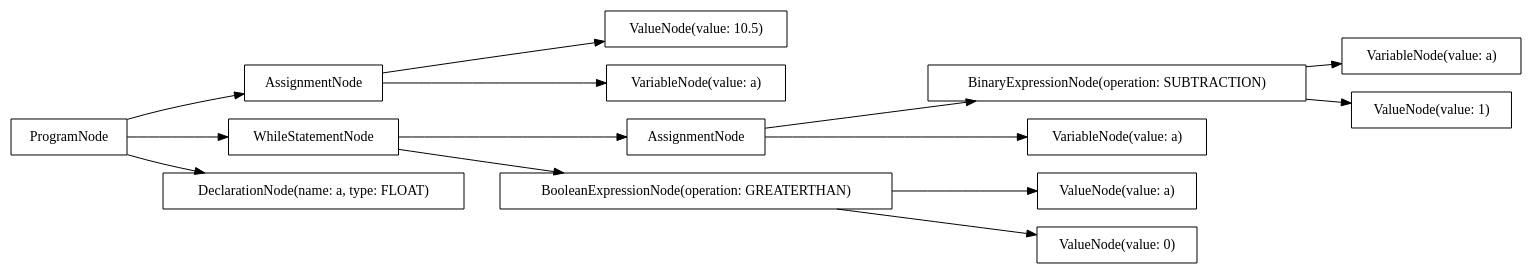
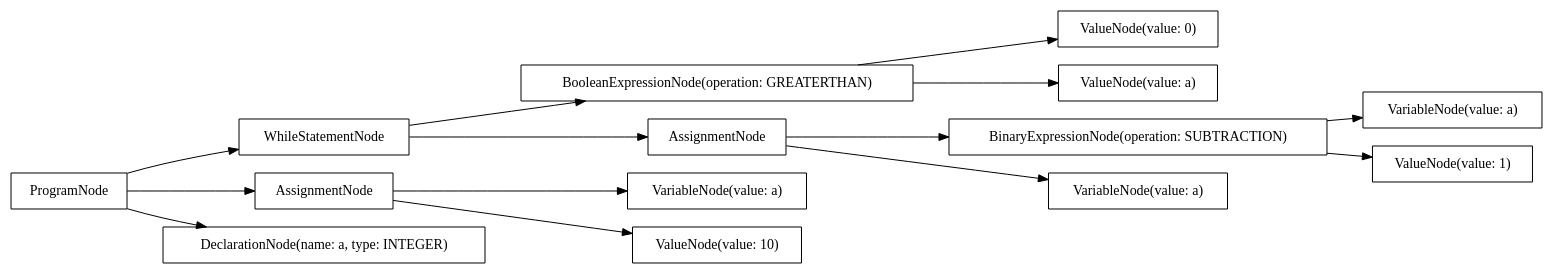
The diagram in src/output/dot/example-while.dot (AtLeastITry/ANTLR-Python-Compiler), drawn with Graphviz before and after one commit. The commit also changed 10 other files, not shown here.

```diff
--- a/src/output/dot/example-while.dot
+++ b/src/output/dot/example-while.dot
@@ -1,30 +1,30 @@
 digraph G {
 rankdir=LR
-"ee18b95c-49b9-473a-bf72-9ec9c382dc5d" [label="VariableNode(value: a)" shape="box"];
-"23ce2a3a-48cd-44fc-bd98-29ea749994c8" [label="ValueNode(value: 10.5)" shape="box"];
-"ea94cf69-170c-4afc-a3f8-617261ac50c2" [label="AssignmentNode" shape="box"];
-"51fef664-7d71-4fae-bd66-378f555faefa" [label="VariableNode(value: a)" shape="box"];
-"6f3ddfc3-f0e4-487d-9fa3-8a4714e9ac21" [label="BinaryExpressionNode(operation: SUBTRACTION)" shape="box"];
-"db237f34-4fbe-4326-a78f-6c0143694538" [label="ProgramNode" shape="box"];
-"3b455b31-c658-43ea-b531-d9dcf4334448" [label="WhileStatementNode" shape="box"];
-"3764c3db-87a1-43d7-8bd2-4962ba393e70" [label="ValueNode(value: a)" shape="box"];
-"279c02ed-5e2d-4e99-b3a2-d2021c114ac4" [label="AssignmentNode" shape="box"];
-"d0b30299-09dd-4b9e-9d37-36d8ae794a8e" [label="ValueNode(value: 0)" shape="box"];
-"6c62bb9b-050f-4ca5-8de5-74b08dd118c0" [label="DeclarationNode(name: a, type: FLOAT)" shape="box"];
-"5cba9efe-7092-471a-8f35-cae955940b53" [label="BooleanExpressionNode(operation: GREATERTHAN)" shape="box"];
-"4d028d04-5619-4327-aa66-9ee2290eb52b" [label="ValueNode(value: 1)" shape="box"];
-"b61c9572-ce1c-443a-a619-0f5c5ac8113f" [label="VariableNode(value: a)" shape="box"];
-"db237f34-4fbe-4326-a78f-6c0143694538" -> "6c62bb9b-050f-4ca5-8de5-74b08dd118c0";
-"db237f34-4fbe-4326-a78f-6c0143694538" -> "ea94cf69-170c-4afc-a3f8-617261ac50c2";
-"ea94cf69-170c-4afc-a3f8-617261ac50c2" -> "51fef664-7d71-4fae-bd66-378f555faefa";
-"ea94cf69-170c-4afc-a3f8-617261ac50c2" -> "23ce2a3a-48cd-44fc-bd98-29ea749994c8";
-"db237f34-4fbe-4326-a78f-6c0143694538" -> "3b455b31-c658-43ea-b531-d9dcf4334448";
-"3b455b31-c658-43ea-b531-d9dcf4334448" -> "5cba9efe-7092-471a-8f35-cae955940b53";
-"5cba9efe-7092-471a-8f35-cae955940b53" -> "3764c3db-87a1-43d7-8bd2-4962ba393e70";
-"5cba9efe-7092-471a-8f35-cae955940b53" -> "d0b30299-09dd-4b9e-9d37-36d8ae794a8e";
-"3b455b31-c658-43ea-b531-d9dcf4334448" -> "279c02ed-5e2d-4e99-b3a2-d2021c114ac4";
-"279c02ed-5e2d-4e99-b3a2-d2021c114ac4" -> "b61c9572-ce1c-443a-a619-0f5c5ac8113f";
-"279c02ed-5e2d-4e99-b3a2-d2021c114ac4" -> "6f3ddfc3-f0e4-487d-9fa3-8a4714e9ac21";
-"6f3ddfc3-f0e4-487d-9fa3-8a4714e9ac21" -> "ee18b95c-49b9-473a-bf72-9ec9c382dc5d";
-"6f3ddfc3-f0e4-487d-9fa3-8a4714e9ac21" -> "4d028d04-5619-4327-aa66-9ee2290eb52b";
+"3dee4d77-5e11-4354-acfd-23fc9b36e14b" [label="BinaryExpressionNode(operation: SUBTRACTION)" shape="box"];
+"109831c1-c979-452e-8548-78211cfc6c1d" [label="BooleanExpressionNode(operation: GREATERTHAN)" shape="box"];
+"ad7af21b-5c06-4fa5-a0fb-fc7cf3478845" [label="ValueNode(value: 0)" shape="box"];
+"d09bea03-5e07-4a06-8b29-0ef49f13a51f" [label="VariableNode(value: a)" shape="box"];
+"53272389-1e1e-46ae-9402-e4b209e6ff40" [label="AssignmentNode" shape="box"];
+"c7c58e84-d95a-46c8-9718-c94685b991dd" [label="WhileStatementNode" shape="box"];
+"f1f66f98-1e21-4192-a73f-d7d805c04cb1" [label="VariableNode(value: a)" shape="box"];
+"c5114d9e-c943-4009-8552-2a759c5cc82e" [label="ValueNode(value: 10)" shape="box"];
+"07002250-2d5d-4c42-821d-8e53be2e165e" [label="VariableNode(value: a)" shape="box"];
+"920edc49-513e-45c5-b23f-78a1f1c32832" [label="ValueNode(value: a)" shape="box"];
+"fac6f4be-a49e-4c2b-b007-a83b77e0fbe7" [label="ProgramNode" shape="box"];
+"dd186e81-b5df-4936-abf0-2ae87f17dc22" [label="ValueNode(value: 1)" shape="box"];
+"bcb1cff5-9bfe-4e7e-8ba9-1b3454561151" [label="AssignmentNode" shape="box"];
+"bac84c51-9dec-4940-a71a-37e19e480599" [label="DeclarationNode(name: a, type: INTEGER)" shape="box"];
+"fac6f4be-a49e-4c2b-b007-a83b77e0fbe7" -> "bac84c51-9dec-4940-a71a-37e19e480599";
+"fac6f4be-a49e-4c2b-b007-a83b77e0fbe7" -> "bcb1cff5-9bfe-4e7e-8ba9-1b3454561151";
+"bcb1cff5-9bfe-4e7e-8ba9-1b3454561151" -> "d09bea03-5e07-4a06-8b29-0ef49f13a51f";
+"bcb1cff5-9bfe-4e7e-8ba9-1b3454561151" -> "c5114d9e-c943-4009-8552-2a759c5cc82e";
+"fac6f4be-a49e-4c2b-b007-a83b77e0fbe7" -> "c7c58e84-d95a-46c8-9718-c94685b991dd";
+"c7c58e84-d95a-46c8-9718-c94685b991dd" -> "109831c1-c979-452e-8548-78211cfc6c1d";
+"109831c1-c979-452e-8548-78211cfc6c1d" -> "920edc49-513e-45c5-b23f-78a1f1c32832";
+"109831c1-c979-452e-8548-78211cfc6c1d" -> "ad7af21b-5c06-4fa5-a0fb-fc7cf3478845";
+"c7c58e84-d95a-46c8-9718-c94685b991dd" -> "53272389-1e1e-46ae-9402-e4b209e6ff40";
+"53272389-1e1e-46ae-9402-e4b209e6ff40" -> "f1f66f98-1e21-4192-a73f-d7d805c04cb1";
+"53272389-1e1e-46ae-9402-e4b209e6ff40" -> "3dee4d77-5e11-4354-acfd-23fc9b36e14b";
+"3dee4d77-5e11-4354-acfd-23fc9b36e14b" -> "07002250-2d5d-4c42-821d-8e53be2e165e";
+"3dee4d77-5e11-4354-acfd-23fc9b36e14b" -> "dd186e81-b5df-4936-abf0-2ae87f17dc22";
 }
```
